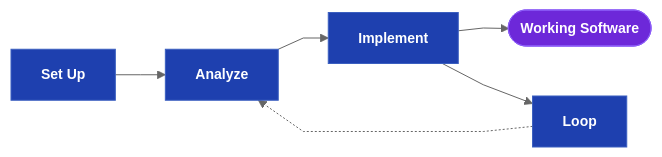
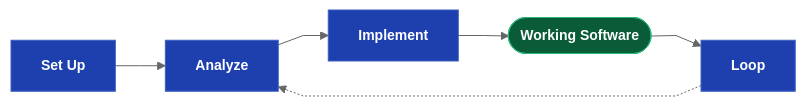
Before and after one commit to webcloudstudio/webcloudstudio: the first of 8 diagrams in public/project-docs/drydock/Drydock_Specification.md, drawn with Mermaid. The commit also changed other lines of this file and 20 other files, not shown here.

````diff
--- a/public/project-docs/drydock/Drydock_Specification.md
+++ b/public/project-docs/drydock/Drydock_Specification.md
@@ -58,16 +54,16 @@
 ```mermaid
 %%{init: {'theme': 'neutral', 'flowchart': {'curve': 'linear'}, 'themeVariables': {'fontSize': '14px'}}}%%
 flowchart LR
   classDef dir    fill:#0a5c38,stroke:#2cb67d,color:#fff,font-weight:bold
   classDef md     fill:#d4a017,stroke:#a07810,color:#111,font-weight:bold
   classDef script fill:#1e40af,stroke:#3b5fc0,color:#fff,font-weight:bold
   classDef prompt fill:#c2410c,stroke:#ea580c,color:#fff,font-weight:bold
   classDef output fill:#6d28d9,stroke:#8b5cf6,color:#fff,font-weight:bold
   classDef web    fill:#be123c,stroke:#fb7185,color:#fff,font-weight:bold
 
   SETUP["Set Up"]:::script --> ANALYZE["Analyze"]:::script
   ANALYZE --> IMPLEMENT["Implement"]:::script
-  IMPLEMENT --> SOFTWARE(["Working Software"]):::output
-  IMPLEMENT --> LOOP["Loop"]:::script
+  IMPLEMENT --> TARGET(["Working Software"]):::dir
+  TARGET --> LOOP["Loop"]:::script
   LOOP -.-> ANALYZE
 ```
````
